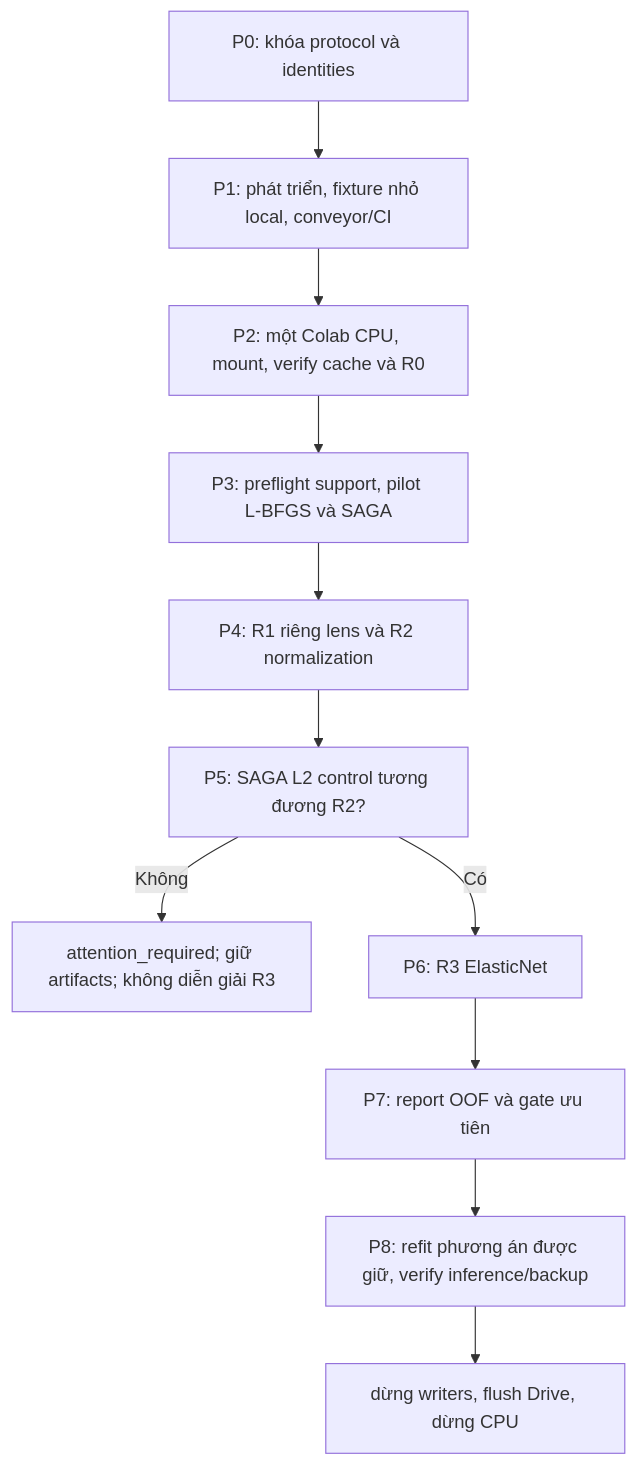
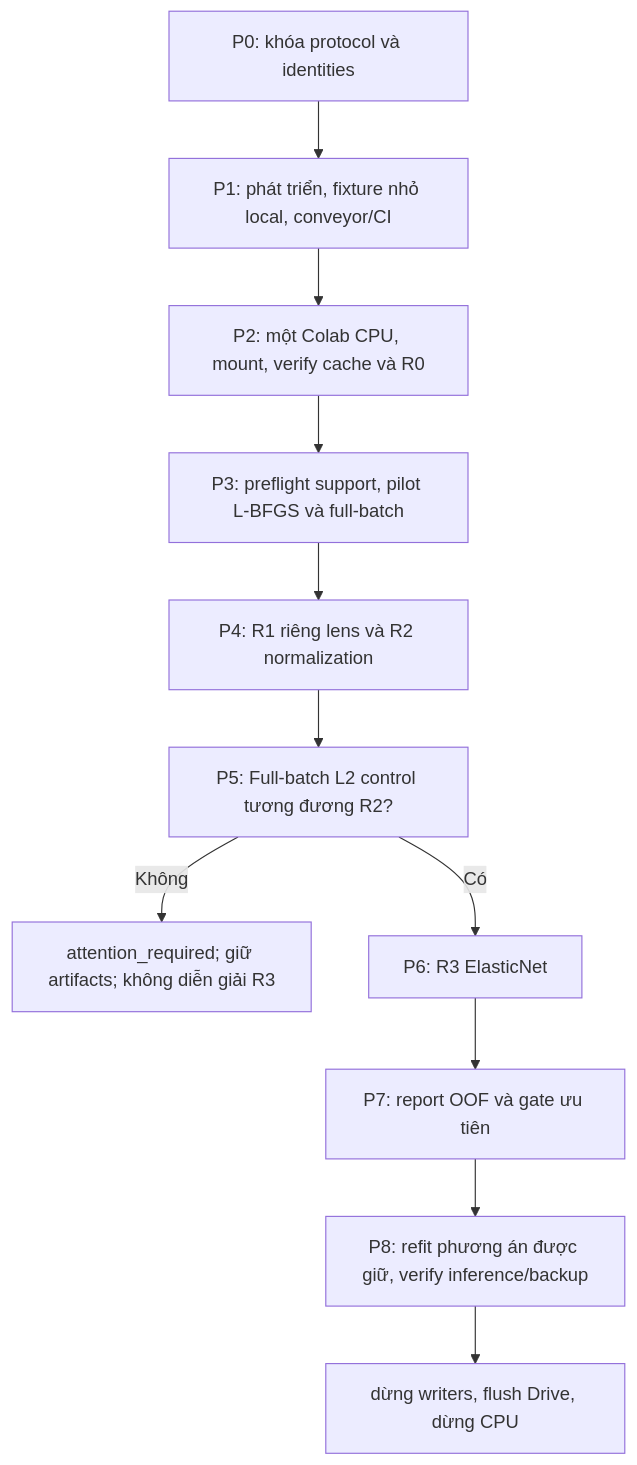
Before and after one commit to hongphuoc6104/De-tai-xuat-sac: the diagram in docs/plans/IMAGE_CLASSIFICATION_R0_R3_EXECUTION.md, drawn with Mermaid. The commit also changed other lines of this file and 8 other files, not shown here.

Commit message:
fix: certify full-batch ElasticNet optimization for bounded CPU runs

````diff
--- a/docs/plans/IMAGE_CLASSIFICATION_R0_R3_EXECUTION.md
+++ b/docs/plans/IMAGE_CLASSIFICATION_R0_R3_EXECUTION.md
@@ -105,13 +105,13 @@
 ```mermaid
 flowchart TD
  A["P0: khóa protocol và identities"] --> B["P1: phát triển, fixture nhỏ local, conveyor/CI"]
  B --> C["P2: một Colab CPU, mount, verify cache và R0"]
- C --> D["P3: preflight support, pilot L-BFGS và SAGA"]
+ C --> D["P3: preflight support, pilot L-BFGS và full-batch"]
  D --> E["P4: R1 riêng lens và R2 normalization"]
- E --> F["P5: SAGA L2 control tương đương R2?"]
+ E --> F["P5: Full-batch L2 control tương đương R2?"]
  F -- "Không" --> G["attention_required; giữ artifacts; không diễn giải R3"]
  F -- "Có" --> H["P6: R3 ElasticNet"]
  H --> I["P7: report OOF và gate ưu tiên"]
  I --> J["P8: refit phương án được giữ, verify inference/backup"]
  J --> K["dừng writers, flush Drive, dừng CPU"]
 ```
````
